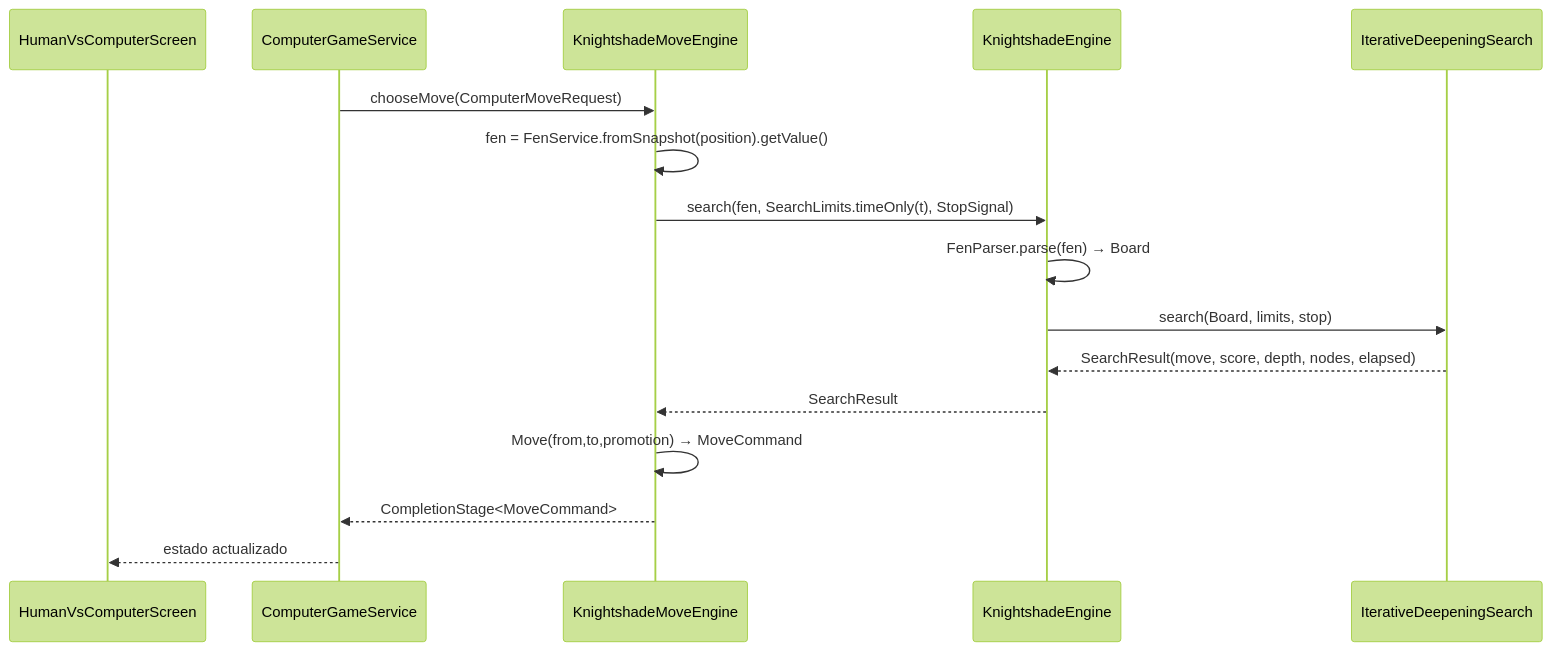
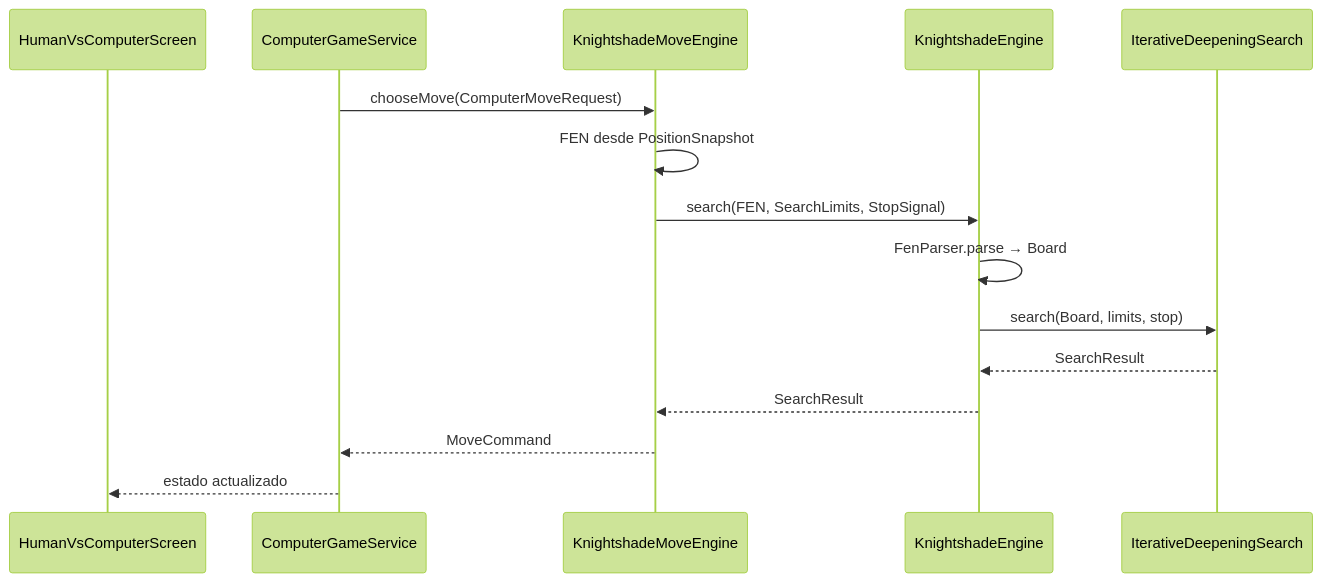
The sixth of 6 diagrams in docs/knightshade-engine.md (escontrela/lastmove), drawn with Mermaid (forest theme) before and after one commit. The commit also changed other lines of this file and 12 other files, not shown here.

````diff
--- a/docs/knightshade-engine.md
+++ b/docs/knightshade-engine.md
@@ -234,19 +342,17 @@
-```mermaid
+~~~mermaid
 sequenceDiagram
     participant UI as HumanVsComputerScreen
     participant SVC as ComputerGameService
     participant AD as KnightshadeMoveEngine
     participant ENG as KnightshadeEngine
     participant SRCH as IterativeDeepeningSearch
-
     SVC->>AD: chooseMove(ComputerMoveRequest)
-    AD->>AD: fen = FenService.fromSnapshot(position).getValue()
-    AD->>ENG: search(fen, SearchLimits.timeOnly(t), StopSignal)
-    ENG->>ENG: FenParser.parse(fen) → Board
+    AD->>AD: FEN desde PositionSnapshot
+    AD->>ENG: search(FEN, SearchLimits, StopSignal)
+    ENG->>ENG: FenParser.parse → Board
     ENG->>SRCH: search(Board, limits, stop)
-    SRCH-->>ENG: SearchResult(move, score, depth, nodes, elapsed)
+    SRCH-->>ENG: SearchResult
     ENG-->>AD: SearchResult
-    AD->>AD: Move(from,to,promotion) → MoveCommand
-    AD-->>SVC: CompletionStage<MoveCommand>
+    AD-->>SVC: MoveCommand
     SVC-->>UI: estado actualizado
-```
+~~~
````
